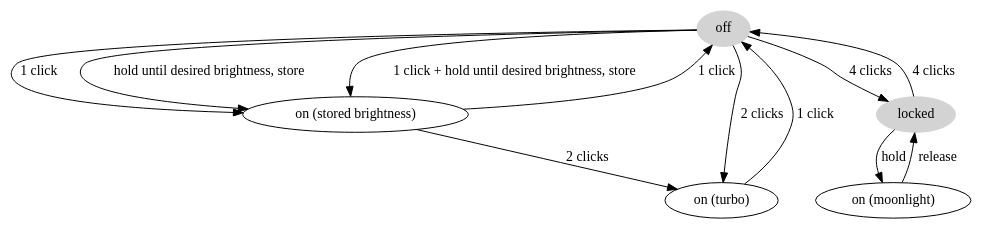
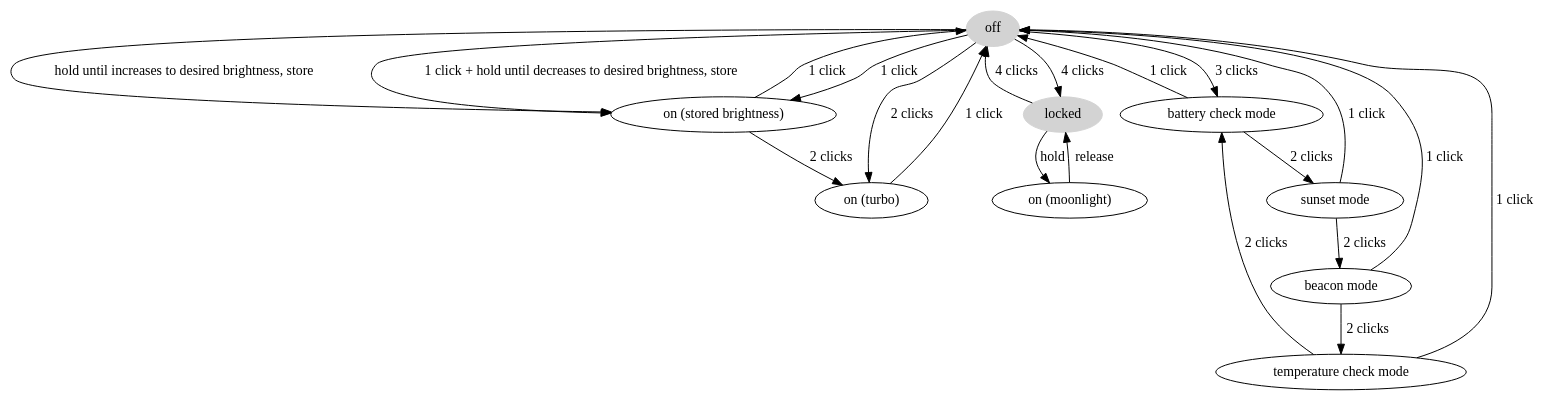
One commit to mmb/anduril-ui-diagram changed the diagram in ui.dot. Above: the diagram before and after it, drawn with Graphviz. The commit also changed 2 other files, not shown here.

```diff
--- a/ui.dot
+++ b/ui.dot
@@ -1,17 +1,30 @@
 digraph {
   off[style="filled",color="lightgrey"]
   off -> "on (stored brightness)"[label="1 click"];
-  off -> "on (stored brightness)"[label="hold until desired brightness, store"];
+  off -> "on (stored brightness)"[label="hold until increases to desired brightness, store"];
   off -> "on (turbo)"[label="2 clicks"];
-  off -> "on (stored brightness)"[label="1 click + hold until desired brightness, store"];
+  off -> "on (stored brightness)"[label="1 click + hold until decreases to desired brightness, store"];
   off -> locked[label="4 clicks"];
+  off -> "battery check mode"[label="3 clicks"];
 
   locked[style="filled",color="lightgrey"]
   locked -> off[label="4 clicks"];
   locked -> "on (moonlight)"[label="hold"];
 
   "on (moonlight)" -> "locked"[label="release"];
   "on (stored brightness)" -> off[label="1 click"];
   "on (stored brightness)" -> "on (turbo)"[label="2 clicks"];
   "on (turbo)" -> off[label="1 click"];
+
+  "battery check mode" -> "sunset mode"[label="2 clicks"]
+  "battery check mode" -> off[label="1 click"]
+
+  "sunset mode" -> "beacon mode"[label="2 clicks"]
+  "sunset mode" -> off[label="1 click"]
+
+  "beacon mode" -> "temperature check mode"[label="2 clicks"]
+  "beacon mode" -> off[label="1 click"]
+
+  "temperature check mode" -> "battery check mode"[label="2 clicks"]
+  "temperature check mode" -> off[label="1 click"]
 }
```
